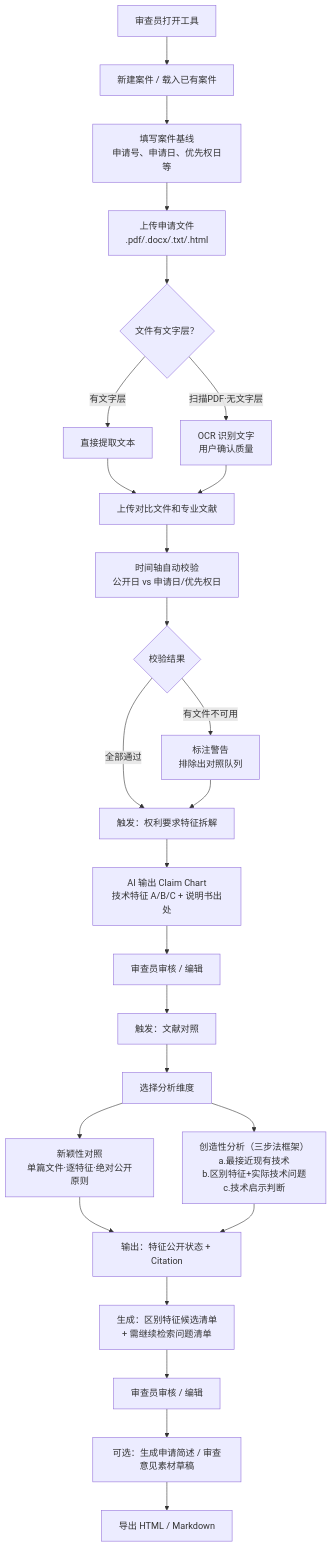
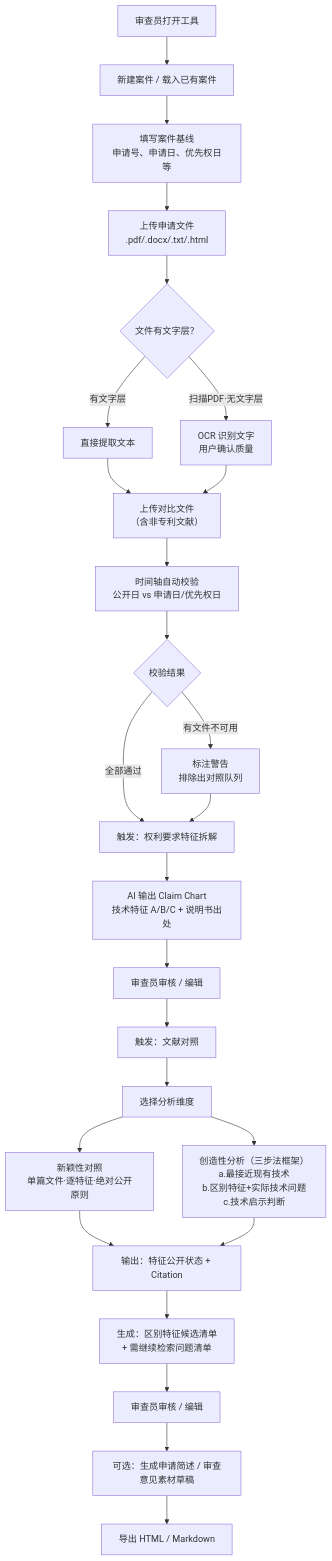
One commit to wukun2005-gif/patentExaminator changed the first of 5 diagrams in PRD-v0.1.0.md. Above: the diagram before and after it, drawn with Mermaid. The commit also changed other lines of this file and 1 other file, not shown here.

````diff
--- a/PRD-v0.1.0.md
+++ b/PRD-v0.1.0.md
@@ -102,26 +108,26 @@
 ```mermaid
 flowchart TD
     A["审查员打开工具"] --> B["新建案件 / 载入已有案件"]
     B --> C["填写案件基线\n申请号、申请日、优先权日等"]
     C --> D["上传申请文件\n.pdf/.docx/.txt/.html"]
     D --> E{"文件有文字层？"}
     E -- "有文字层" --> F["直接提取文本"]
     E -- "扫描PDF·无文字层" --> G["OCR 识别文字\n用户确认质量"]
-    F & G --> H["上传对比文件和专业文献"]
+    F & G --> H["上传对比文件\n（含非专利文献）"]
     H --> I["时间轴自动校验\n公开日 vs 申请日/优先权日"]
     I --> J{"校验结果"}
     J -- "有文件不可用" --> K["标注警告\n排除出对照队列"]
     J -- "全部通过" --> L["触发：权利要求特征拆解"]
     K --> L
     L --> M["AI 输出 Claim Chart\n技术特征 A/B/C + 说明书出处"]
     M --> N["审查员审核 / 编辑"]
     N --> O["触发：文献对照"]
     O --> P["选择分析维度"]
     P --> Q["新颖性对照\n单篇文件·逐特征·绝对公开原则"]
     P --> R["创造性分析（三步法框架）\na.最接近现有技术\nb.区别特征+实际技术问题\nc.技术启示判断"]
     Q & R --> S["输出：特征公开状态 + Citation"]
     S --> T["生成：区别特征候选清单\n+ 需继续检索问题清单"]
     T --> U["审查员审核 / 编辑"]
     U --> V["可选：生成申请简述 / 审查意见素材草稿"]
     V --> W["导出 HTML / Markdown"]
 ```
````
